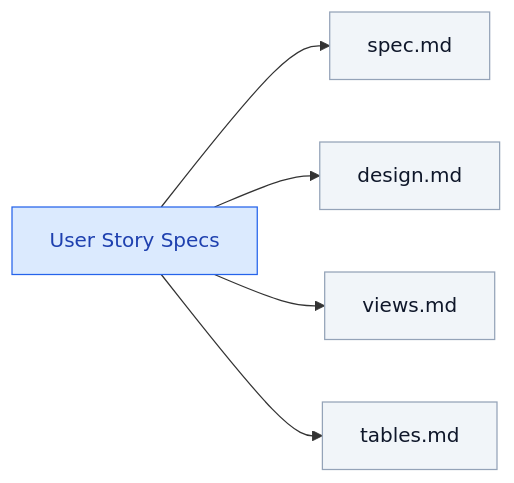
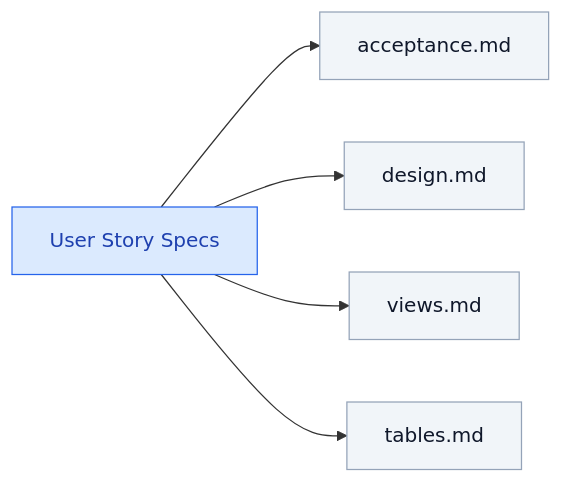
One commit to mtov/AgileSpec changed the fourth of 7 diagrams in README.md. Above: the diagram before and after it, drawn with Mermaid. The commit also changed other lines of this file, not shown here.

Commit message:
Refine AgileSpec terminology and story workflow

````diff
--- a/README.md
+++ b/README.md
@@ -174,16 +180,15 @@
 ```mermaid
-
 flowchart LR
     S["User Story Specs"]
 
-    S --> A["spec.md"]
+    S --> A["acceptance.md"]
     S --> B["design.md"]
     S --> C["views.md"]
     S --> D["tables.md"]
 
     classDef root fill:#dbeafe,stroke:#2563eb,color:#1e40af
     classDef doc fill:#f1f5f9,stroke:#94a3b8,color:#0f172a
 
     class S root
     class A,B,C,D doc
 ```
````
